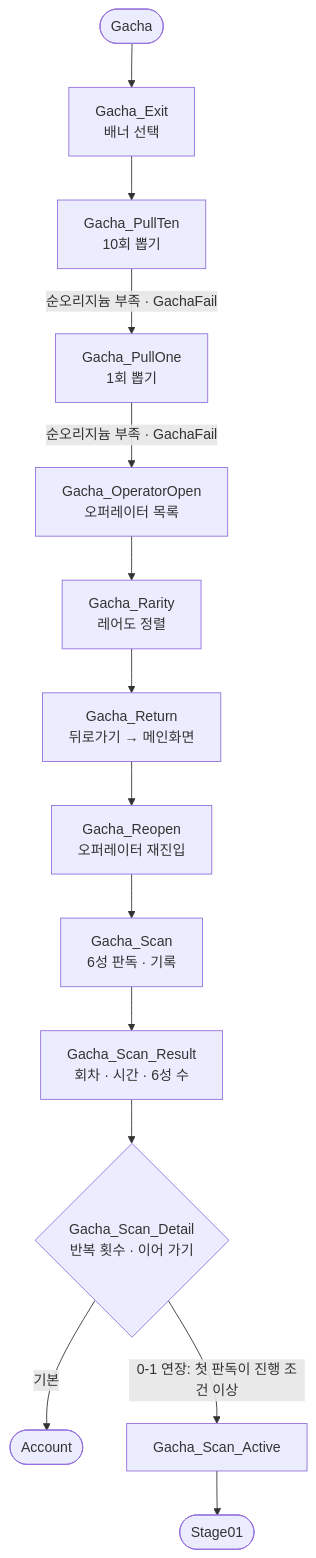
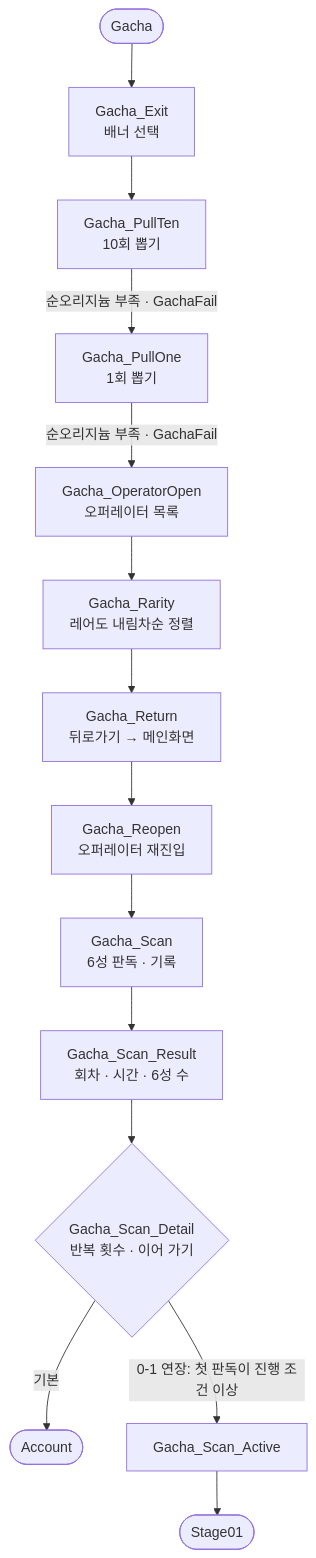
Diagram 13 of 13 in docs/Flow.md (HX3N/MAARese), drawn with Mermaid before and after one commit. The commit also changed other lines of this file and 2 other files, not shown here.

Commit message:
fix: sort operator list by rarity descending before scan
docs: end Gacha_Pull_Exit doc with a noun phrase

````diff
--- a/docs/Flow.md
+++ b/docs/Flow.md
@@ -355,15 +355,15 @@
 ```mermaid
 flowchart TD
     G(["Gacha"]) --> B["Gacha_Exit<br>배너 선택"]
     B --> PT["Gacha_PullTen<br>10회 뽑기"]
     PT -- "순오리지늄 부족 · GachaFail" --> PO["Gacha_PullOne<br>1회 뽑기"]
     PO -- "순오리지늄 부족 · GachaFail" --> OO["Gacha_OperatorOpen<br>오퍼레이터 목록"]
-    OO --> RA["Gacha_Rarity<br>레어도 정렬"]
+    OO --> RA["Gacha_Rarity<br>레어도 내림차순 정렬"]
     RA --> RT["Gacha_Return<br>뒤로가기 → 메인화면"]
     RT --> RO["Gacha_Reopen<br>오퍼레이터 재진입"]
     RO --> SC["Gacha_Scan<br>6성 판독 · 기록"]
     SC --> RS["Gacha_Scan_Result<br>회차 · 시간 · 6성 수"]
     RS --> DT{"Gacha_Scan_Detail<br>반복 횟수 · 이어 가기"}
     DT -- "기본" --> A(["Account"])
     DT -- "0-1 연장: 첫 판독이 진행 조건 이상" --> AC["Gacha_Scan_Active"] --> S1(["Stage01"])
 ```
````
